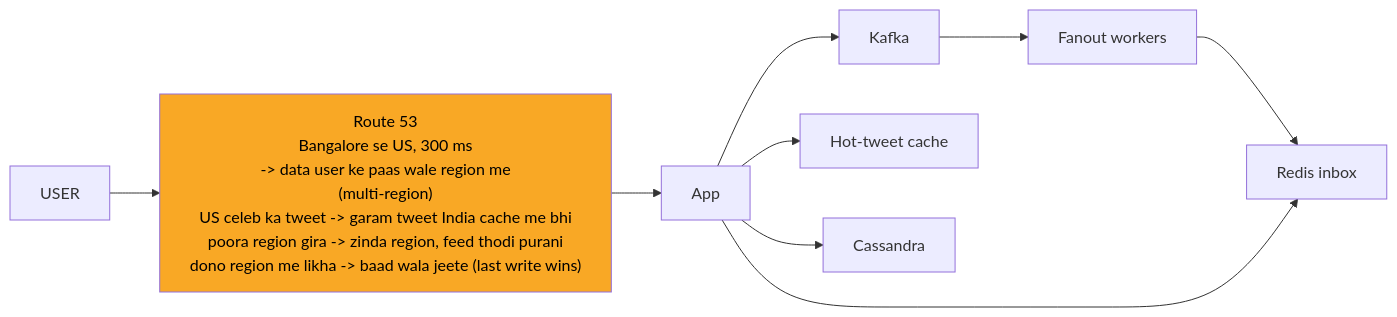
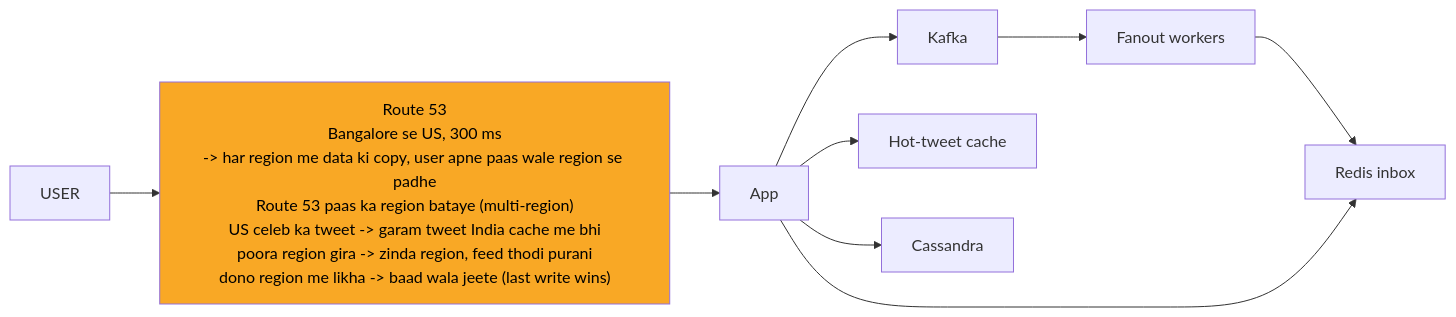
Before and after one commit to ArpanMaheshwari144/Prep: the eighth of 12 diagrams in 04_HLD/SYSTEM_DESIGNS/03_twitter_feed/03_twitter_feed.md, drawn with Mermaid. The commit also changed other lines of this file and 13 other files, not shown here.

````diff
--- a/04_HLD/SYSTEM_DESIGNS/03_twitter_feed/03_twitter_feed.md
+++ b/04_HLD/SYSTEM_DESIGNS/03_twitter_feed/03_twitter_feed.md
@@ -347,21 +347,21 @@
 ```mermaid
 %%{init: {"flowchart": {"wrappingWidth": 450}}}%%
 flowchart LR
     n_USER["USER"]
-    n_Route_53["Route 53<br/>Bangalore se US, 300 ms<br/>-> data user ke paas wale region me<br/>(multi-region)<br/>US celeb ka tweet -> garam tweet India cache me bhi<br/>poora region gira -> zinda region, feed thodi purani<br/>dono region me likha -> baad wala jeete (last write wins)"]
+    n_Route_53["Route 53<br/>Bangalore se US, 300 ms<br/>-> har region me data ki copy, user apne paas wale region se padhe<br/>Route 53 paas ka region bataye (multi-region)<br/>US celeb ka tweet -> garam tweet India cache me bhi<br/>poora region gira -> zinda region, feed thodi purani<br/>dono region me likha -> baad wala jeete (last write wins)"]
     n_App["App"]
     n_Kafka["Kafka"]
     n_Fanout_workers["Fanout workers"]
     n_Redis_inbox["Redis inbox"]
     n_Hot_tweet_cache["Hot-tweet cache"]
     n_Cassandra["Cassandra"]
     n_USER --> n_Route_53
     n_Route_53 --> n_App
     n_App --> n_Kafka
     n_App --> n_Hot_tweet_cache
     n_App --> n_Cassandra
     n_Kafka --> n_Fanout_workers
     n_Fanout_workers --> n_Redis_inbox
     n_App --> n_Redis_inbox
     style n_Route_53 fill:#f9a825,color:#000
 ```
````
